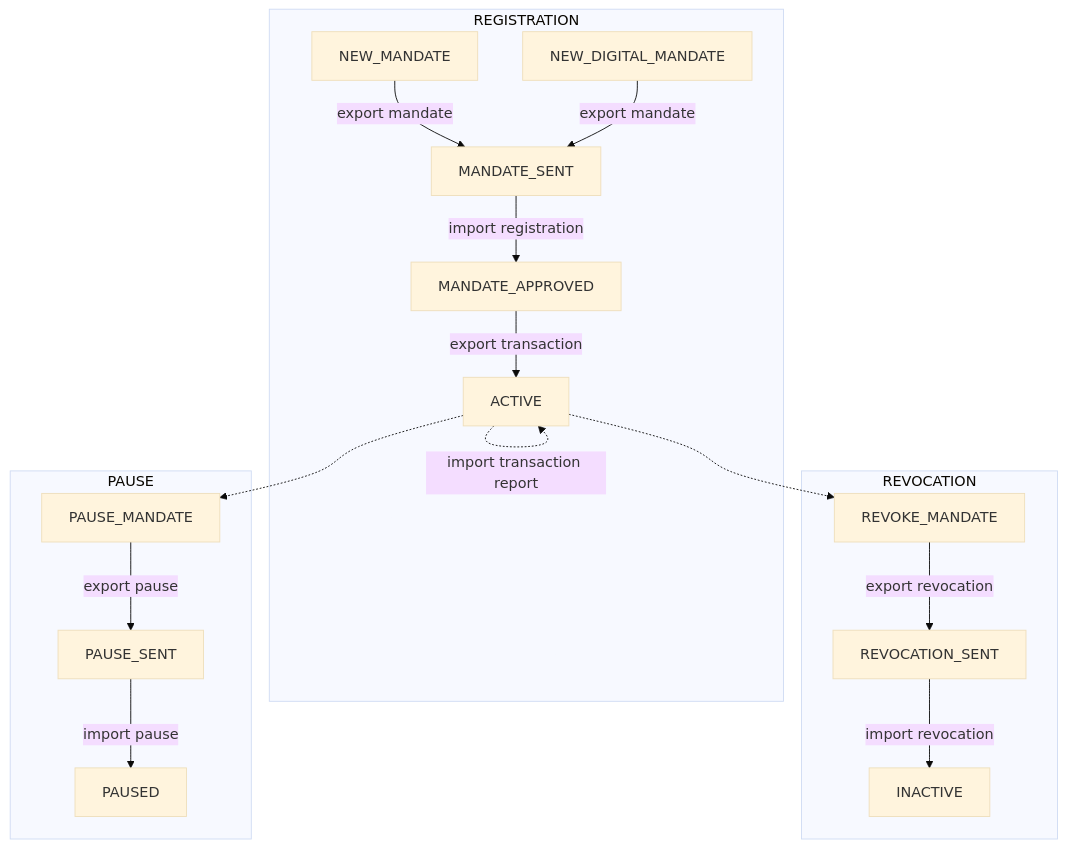
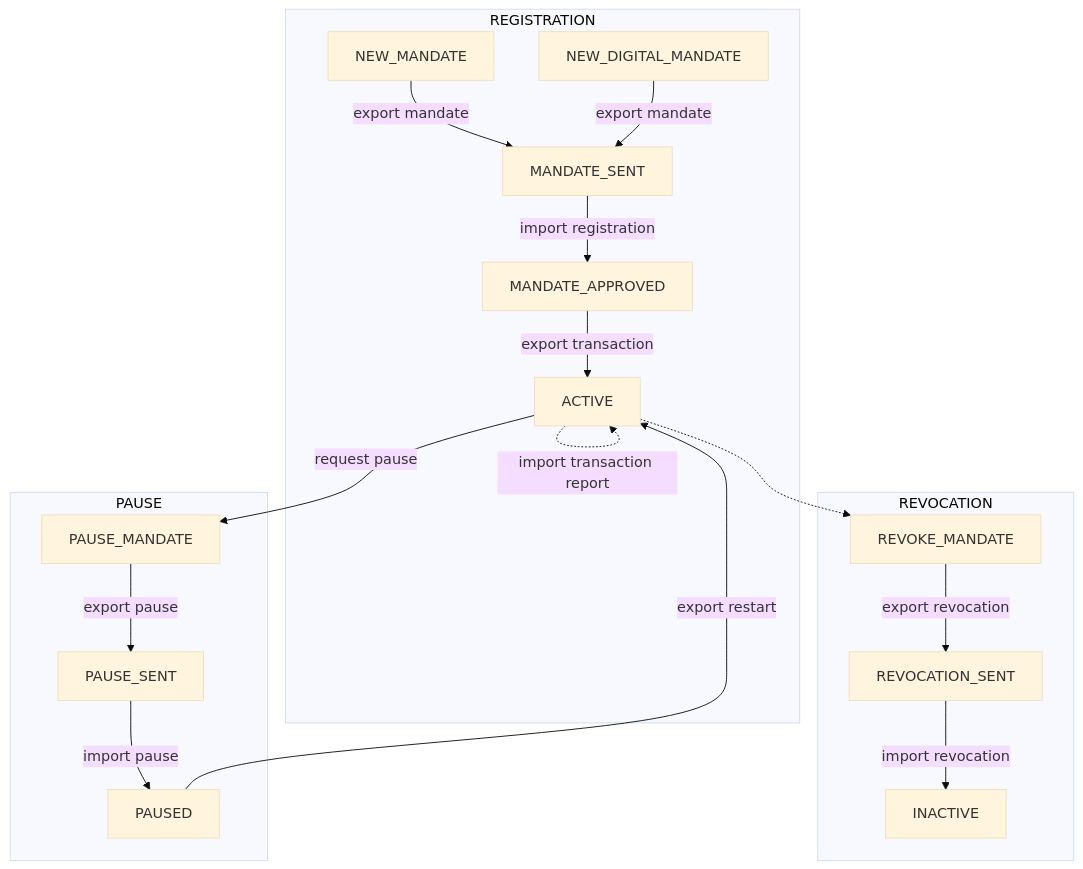
One commit to byrokrat/giroapp changed the diagram in docs/states.mermaid. Above: the diagram before and after it, drawn with Mermaid (base theme). The commit also changed 27 other files, not shown here.

```diff
--- a/docs/states.mermaid
+++ b/docs/states.mermaid
@@ -1,35 +1,36 @@
 graph TD
 
 ACTIVE
 INACTIVE
 NEW_MANDATE
 NEW_DIGITAL_MANDATE
 MANDATE_SENT
 MANDATE_APPROVED
 REVOKE_MANDATE
 REVOCATION_SENT
 PAUSE_MANDATE
 PAUSE_SENT
 PAUSED
 
 subgraph REGISTRATION
   NEW_MANDATE--export mandate-->MANDATE_SENT
   NEW_DIGITAL_MANDATE--export mandate-->MANDATE_SENT
   MANDATE_SENT--import registration-->MANDATE_APPROVED
   MANDATE_APPROVED--export transaction-->ACTIVE
   ACTIVE-.import transaction report.->ACTIVE
 end
 
 subgraph REVOCATION
   REVOKE_MANDATE--export revocation-->REVOCATION_SENT
   REVOCATION_SENT--import revocation-->INACTIVE
 end
 
 ACTIVE-.->REVOKE_MANDATE
 
 subgraph PAUSE
   PAUSE_MANDATE--export pause-->PAUSE_SENT
   PAUSE_SENT--import pause-->PAUSED
 end
 
-ACTIVE-.->PAUSE_MANDATE
+ACTIVE--request pause-->PAUSE_MANDATE
+PAUSED--export restart-->ACTIVE
```
